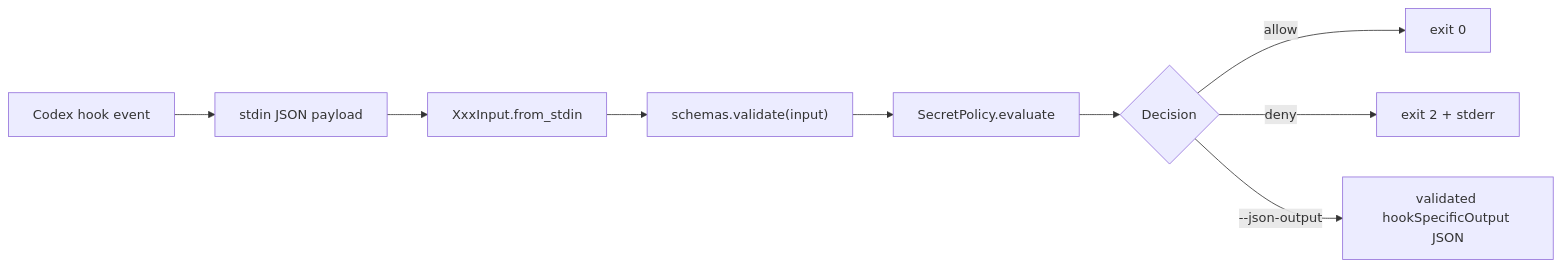
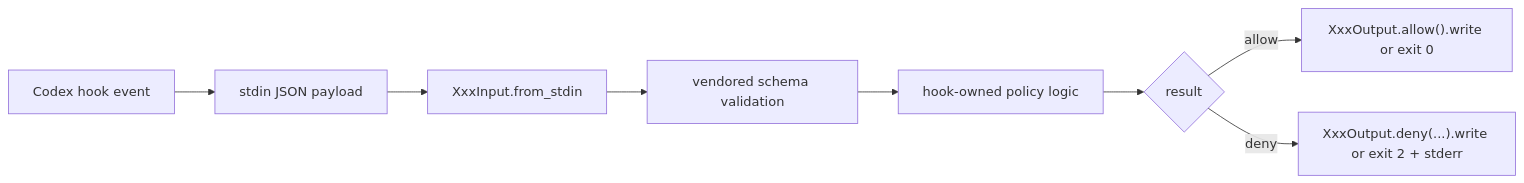
One commit to sean-sunagaku/codex-hookkit changed the diagram in docs/ARCHITECTURE.md. Above: the diagram before and after it, drawn with Mermaid. The commit also changed other lines of this file and 39 other files, not shown here.

````diff
--- a/docs/ARCHITECTURE.md
+++ b/docs/ARCHITECTURE.md
@@ -58,11 +49,10 @@
 ```mermaid
 flowchart LR
   A["Codex hook event"] --> B["stdin JSON payload"]
   B --> C["XxxInput.from_stdin"]
-  C --> D["schemas.validate(input)"]
-  D --> E["SecretPolicy.evaluate"]
-  E --> F{"Decision"}
-  F -->|"allow"| G["exit 0"]
-  F -->|"deny"| H["exit 2 + stderr"]
-  F -->|"--json-output"| I["validated hookSpecificOutput JSON"]
+  C --> D["vendored schema validation"]
+  D --> E["hook-owned policy logic"]
+  E --> F{"result"}
+  F -->|"allow"| G["XxxOutput.allow().write or exit 0"]
+  F -->|"deny"| H["XxxOutput.deny(...).write or exit 2 + stderr"]
 ```
````
